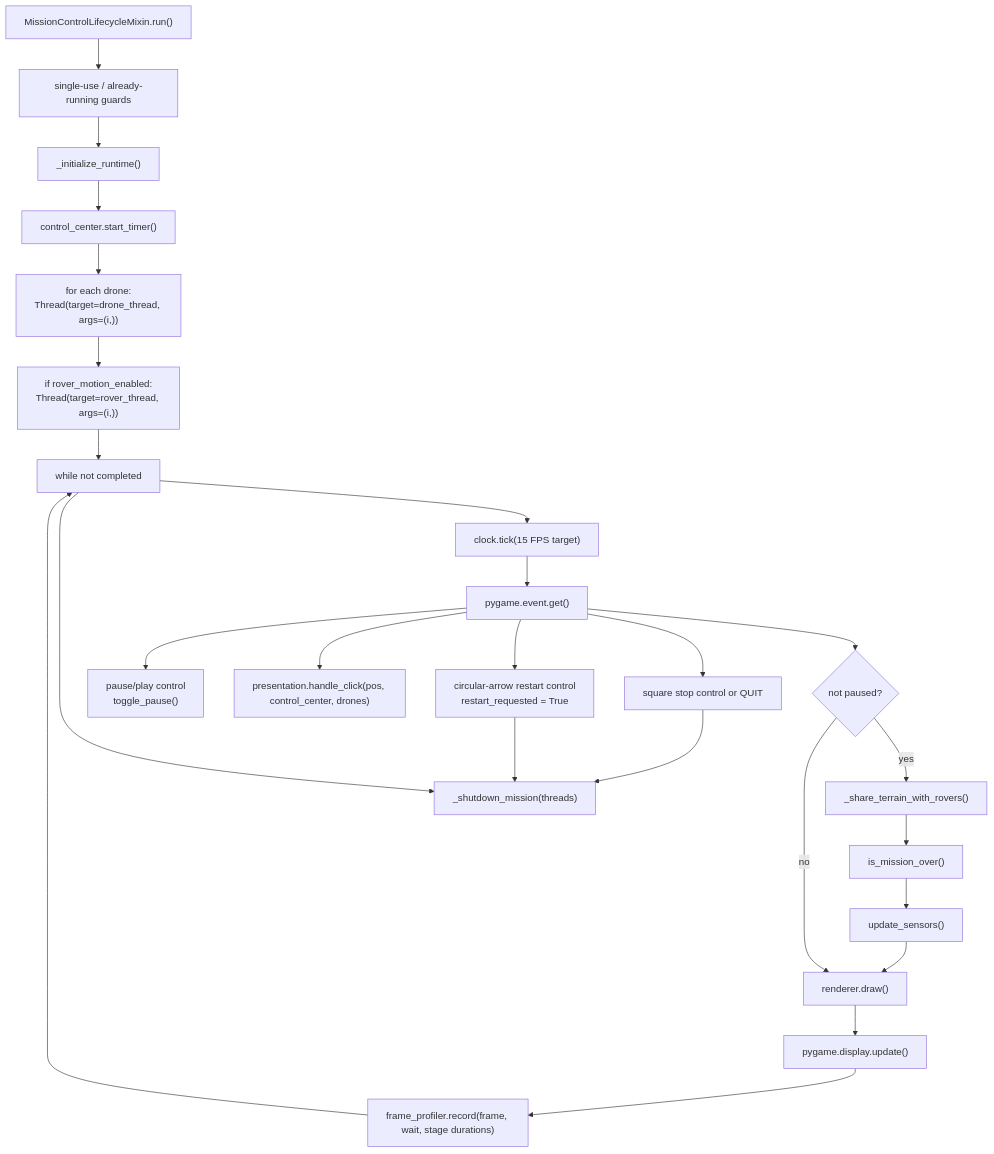
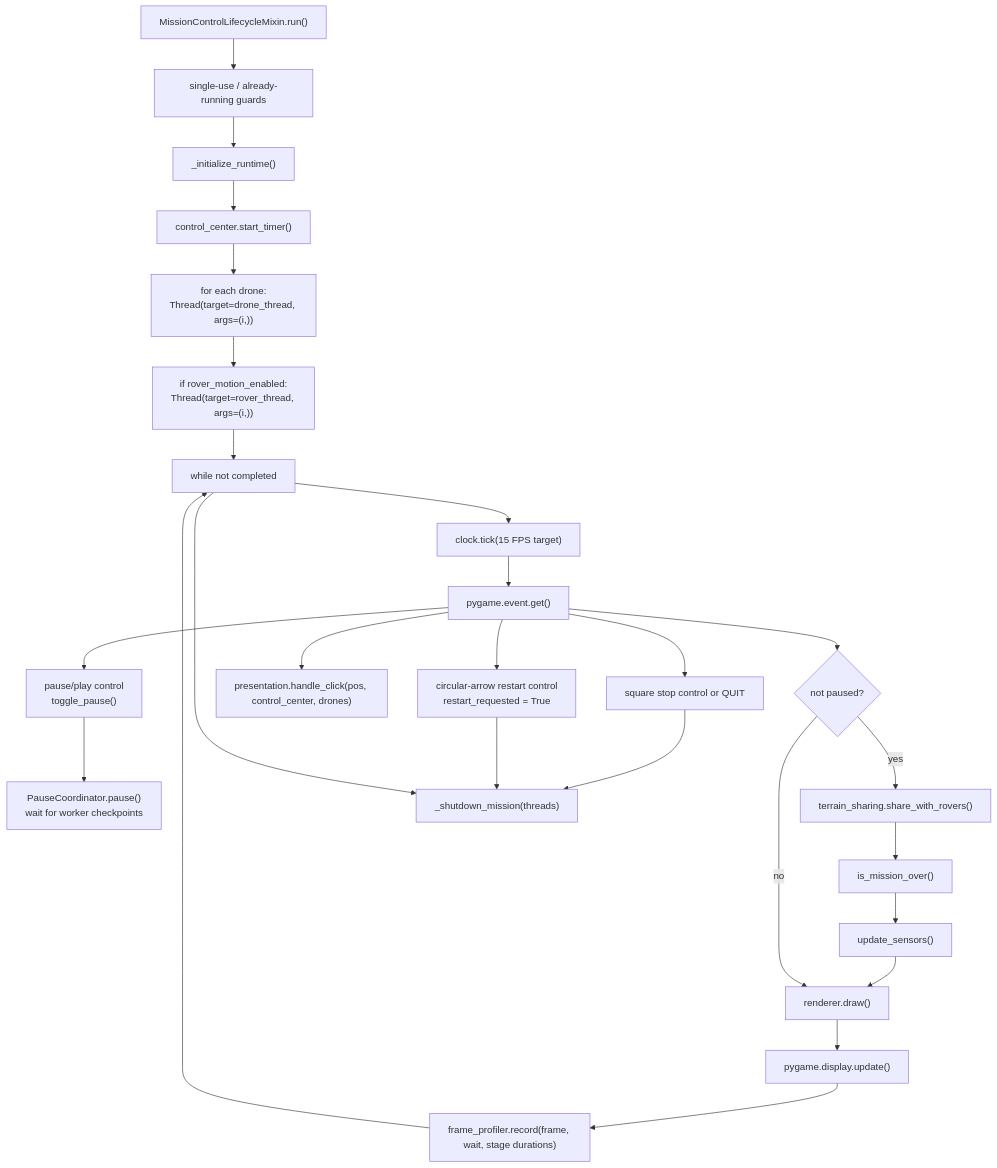
One commit to Gmark117/Cave_Game changed the sixth of 14 diagrams in CODEFLOW.md. Above: the diagram before and after it, drawn with Mermaid. The commit also changed other lines of this file and 82 other files, not shown here.

````diff
--- a/CODEFLOW.md
+++ b/CODEFLOW.md
@@ -306,38 +342,39 @@
 ```mermaid
 flowchart TD
     Start["MissionControlLifecycleMixin.run()"]
     Guard["single-use / already-running guards"]
     Init["_initialize_runtime()"]
     Timer["control_center.start_timer()"]
     DroneThreads["for each drone:<br/>Thread(target=drone_thread, args=(i,))"]
     RoverThreads["if rover_motion_enabled:<br/>Thread(target=rover_thread, args=(i,))"]
     Loop["while not completed"]
     Tick["clock.tick(15 FPS target)"]
     Events["pygame.event.get()"]
     Stop["square stop control or QUIT"]
     Restart["circular-arrow restart control<br/>restart_requested = True"]
     Pause["pause/play control<br/>toggle_pause()"]
+    Barrier["PauseCoordinator.pause()<br/>wait for worker checkpoints"]
     Click["presentation.handle_click(pos, control_center, drones)"]
     Active{"not paused?"}
-    ShareRovers["_share_terrain_with_rovers()"]
+    ShareRovers["terrain_sharing.share_with_rovers()"]
     Done["is_mission_over()"]
     Sensors["update_sensors()"]
     Draw["renderer.draw()"]
     Update["pygame.display.update()"]
     Timing["frame_profiler.record(frame, wait, stage durations)"]
     Shutdown["_shutdown_mission(threads)"]
 
     Start --> Guard --> Init --> Timer --> DroneThreads --> RoverThreads --> Loop
     Loop --> Tick --> Events
     Events --> Stop
     Events --> Restart
-    Events --> Pause
+    Events --> Pause --> Barrier
     Events --> Click
     Events --> Active
     Active -->|yes| ShareRovers --> Done --> Sensors --> Draw
     Active -->|no| Draw
     Draw --> Update --> Timing --> Loop
     Stop --> Shutdown
     Restart --> Shutdown
     Loop --> Shutdown
 ```
````
